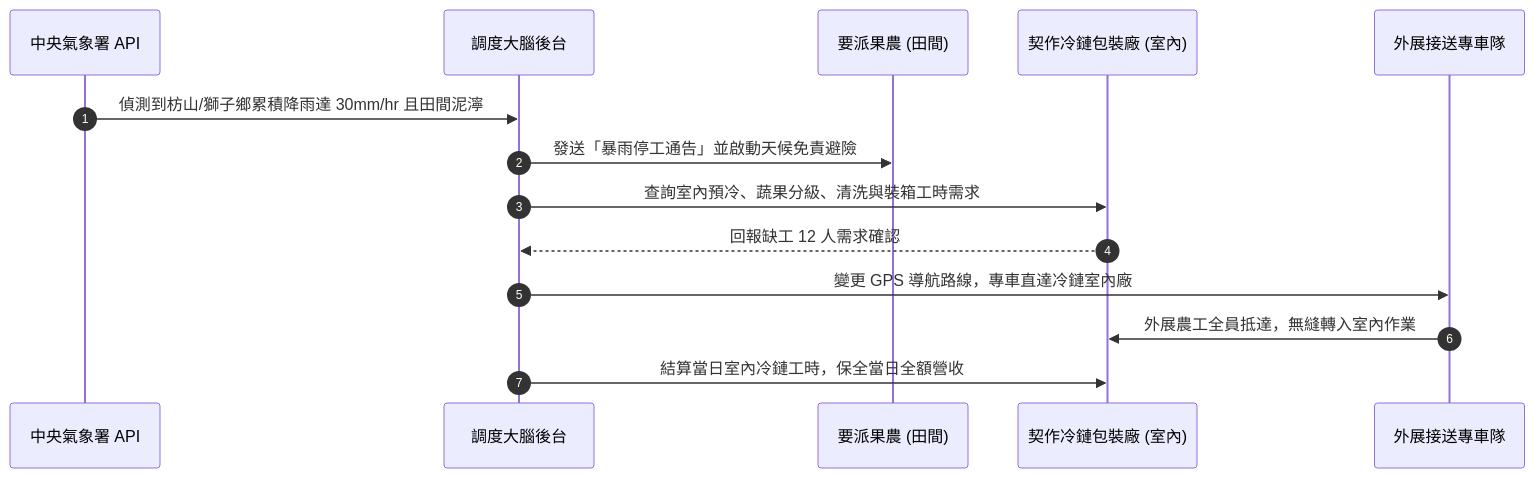
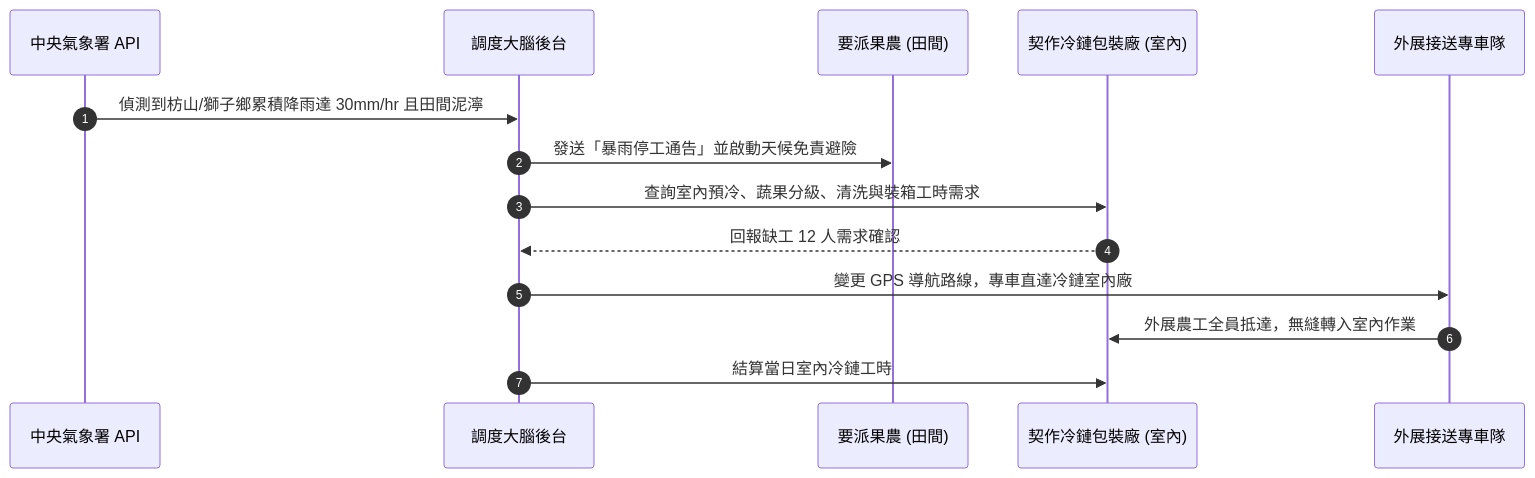
One commit to xx8888x/agridispatch changed the second of 2 diagrams in 01_商業與營運計畫/03_智農派工_營運與外展機構計畫書_實戰落地完整版.md. Above: the diagram before and after it, drawn with Mermaid. The commit also changed other lines of this file and 85 other files, not shown here.

````diff
--- a/01_商業與營運計畫/03_智農派工_營運與外展機構計畫書_實戰落地完整版.md
+++ b/01_商業與營運計畫/03_智農派工_營運與外展機構計畫書_實戰落地完整版.md
@@ -87,17 +89,17 @@
 ```mermaid
 sequenceDiagram
     autonumber
     participant Weather as 中央氣象署 API
     participant Engine as 調度大腦後台
     participant Farmer as 要派果農 (田間)
     participant ColdChain as 契作冷鏈包裝廠 (室內)
     participant Van as 外展接送專車隊
 
     Weather->>Engine: 偵測到枋山/獅子鄉累積降雨達 30mm/hr 且田間泥濘
     Engine->>Farmer: 發送「暴雨停工通告」並啟動天候免責避險
     Engine->>ColdChain: 查詢室內預冷、蔬果分級、清洗與裝箱工時需求
     ColdChain-->>Engine: 回報缺工 12 人需求確認
     Engine->>Van: 變更 GPS 導航路線，專車直達冷鏈室內廠
     Van->>ColdChain: 外展農工全員抵達，無縫轉入室內作業
-    Engine->>ColdChain: 結算當日室內冷鏈工時，保全當日全額營收
+    Engine->>ColdChain: 結算當日室內冷鏈工時
 ```
````
